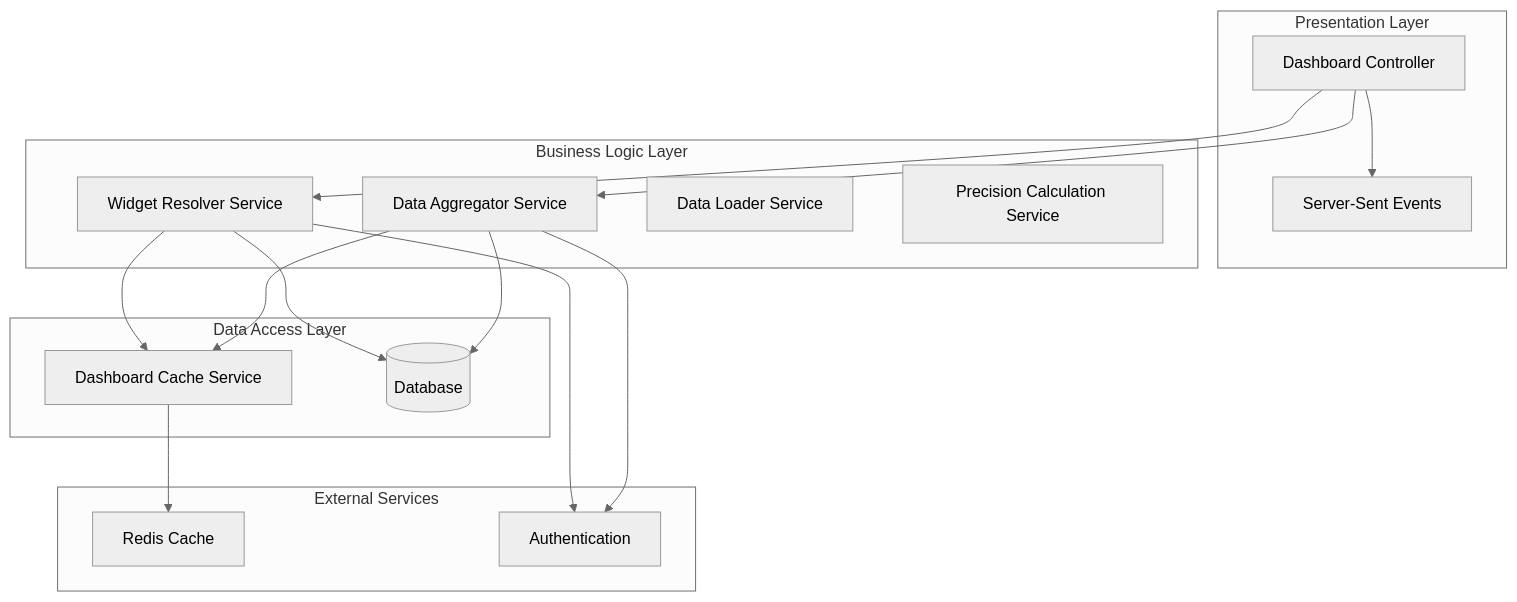
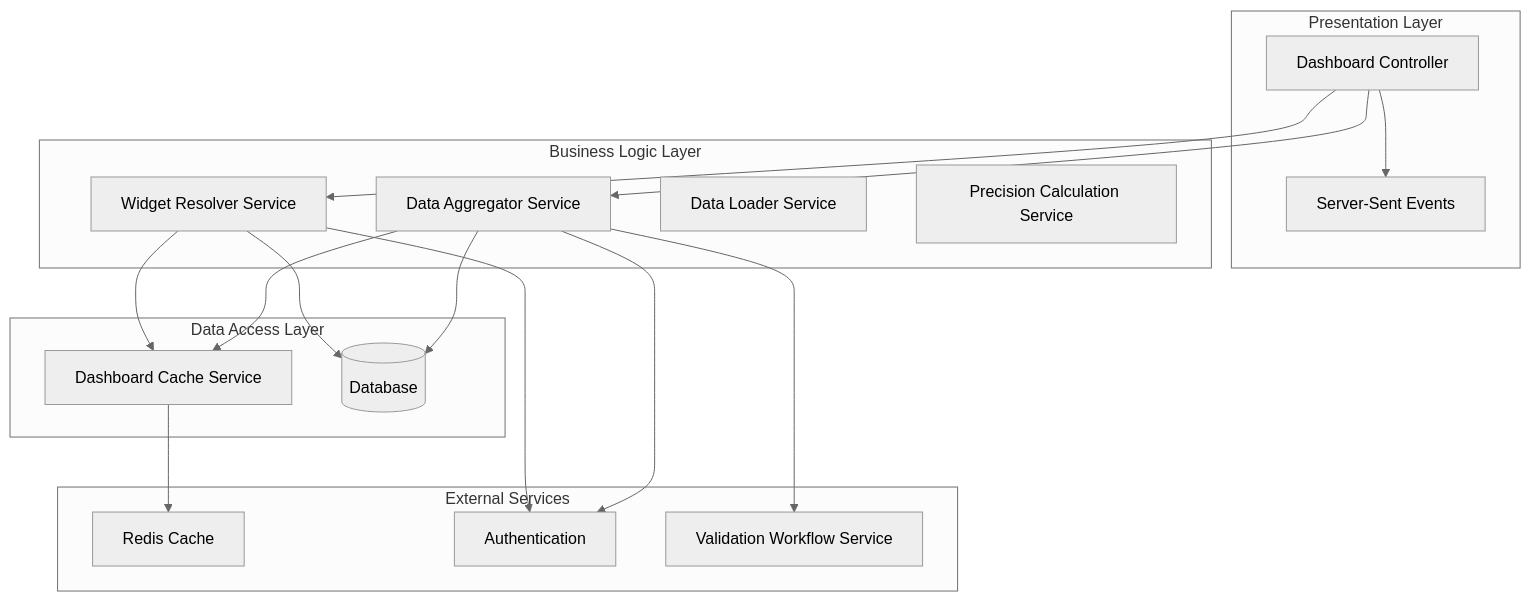
Before and after one commit to franckylab/eLISAschool: the first of 9 diagrams in .qoder/repowiki/en/content/Modules & Features/Dashboard System Implementation.md, drawn with Mermaid (neutral theme). The commit also changed other lines of this file and 358 other files, not shown here.

First line of the commit message:
feat(validation): intégrer le système de workflow de validation

````diff
--- a/.qoder/repowiki/en/content/Modules & Features/Dashboard System Implementation.md
+++ b/.qoder/repowiki/en/content/Modules & Features/Dashboard System Implementation.md
@@ -45,31 +54,33 @@
 ```mermaid
 graph TB
 subgraph "Presentation Layer"
 Controller[Dashboard Controller]
 SSE[Server-Sent Events]
 end
 subgraph "Business Logic Layer"
 WidgetResolver[Widget Resolver Service]
 DataAggregator[Data Aggregator Service]
 DataLoader[Data Loader Service]
 Precalc[Precision Calculation Service]
 end
 subgraph "Data Access Layer"
 Cache[Dashboard Cache Service]
 DB[(Database)]
 end
 subgraph "External Services"
 Redis[Redis Cache]
 Auth[Authentication]
+Validation[Validation Workflow Service]
 end
 Controller --> WidgetResolver
 Controller --> DataAggregator
 Controller --> SSE
 WidgetResolver --> Cache
 DataAggregator --> Cache
 WidgetResolver --> DB
 DataAggregator --> DB
 Cache --> Redis
 WidgetResolver --> Auth
 DataAggregator --> Auth
+DataAggregator --> Validation
 ```
````
